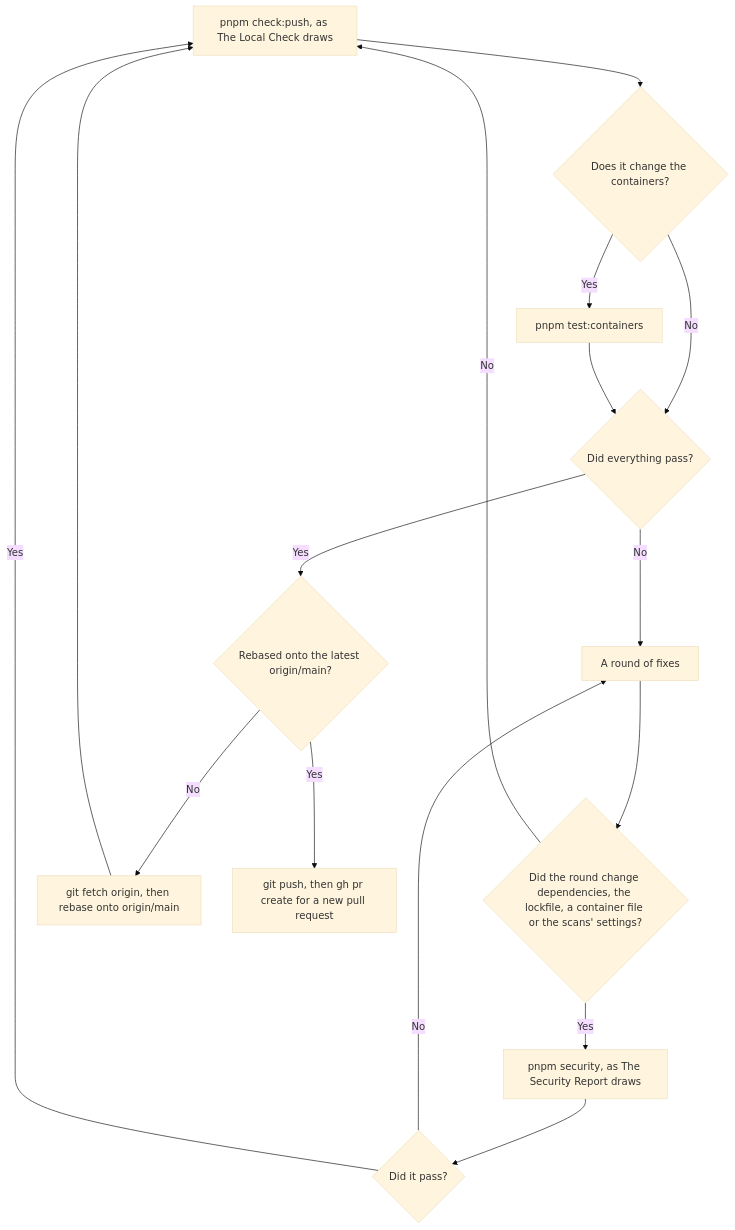
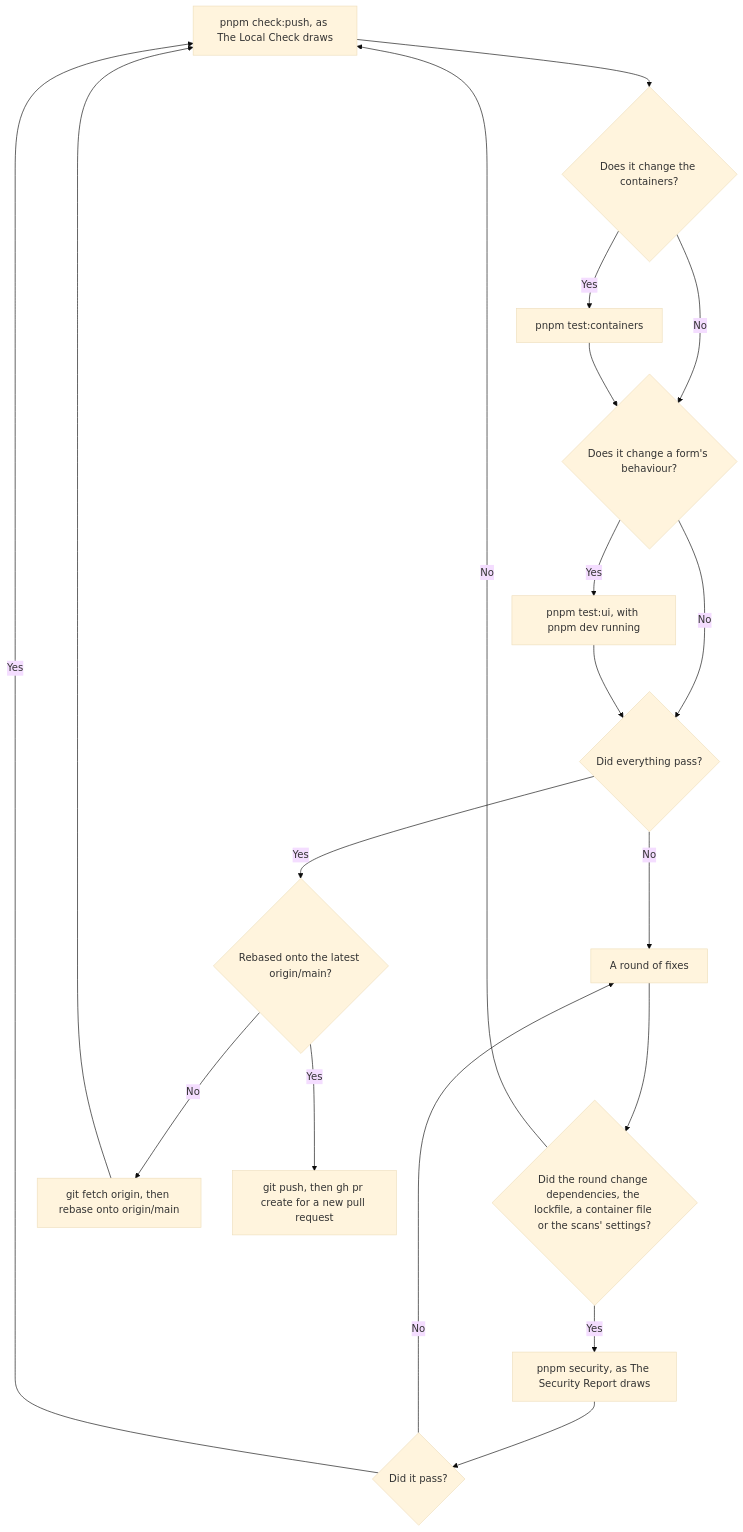
Before and after one commit to ribbitworks/fathom: the third of 11 diagrams in docs/design/checks-and-ci.md, drawn with Mermaid (base theme). The commit also changed other lines of this file and 18 other files, not shown here.

First line of the commit message:
test: add Playwright UI tests with pnpm test:ui

````diff
--- a/docs/design/checks-and-ci.md
+++ b/docs/design/checks-and-ci.md
@@ -66,19 +66,22 @@
 ```mermaid
 flowchart TD
     CheckPush["pnpm check:push, as The Local Check draws"]
     CheckPush --> AffectsContainers{"Does it change the containers?"}
     AffectsContainers -- Yes --> TestContainers["pnpm test:containers"]
-    AffectsContainers -- No --> LocalPassed{"Did everything pass?"}
-    TestContainers --> LocalPassed
+    AffectsContainers -- No --> FormChange{"Does it change a form's behaviour?"}
+    TestContainers --> FormChange
+    FormChange -- Yes --> TestUi["pnpm test:ui, with pnpm dev running"]
+    FormChange -- No --> LocalPassed{"Did everything pass?"}
+    TestUi --> LocalPassed
     LocalPassed -- No --> Fix["A round of fixes"]
     Fix --> SecurityInputs{"Did the round change dependencies, the lockfile, a container file or the scans' settings?"}
     SecurityInputs -- Yes --> Security["pnpm security, as The Security Report draws"]
     Security --> SecurityPassed{"Did it pass?"}
     SecurityPassed -- No --> Fix
     SecurityInputs -- No --> CheckPush
     SecurityPassed -- Yes --> CheckPush
     LocalPassed -- Yes --> Rebased{"Rebased onto the latest origin/main?"}
     Rebased -- No --> Rebase["git fetch origin, then rebase onto origin/main"]
     Rebase --> CheckPush
     Rebased -- Yes --> Push["git push, then gh pr create for a new pull request"]
 ```
````
